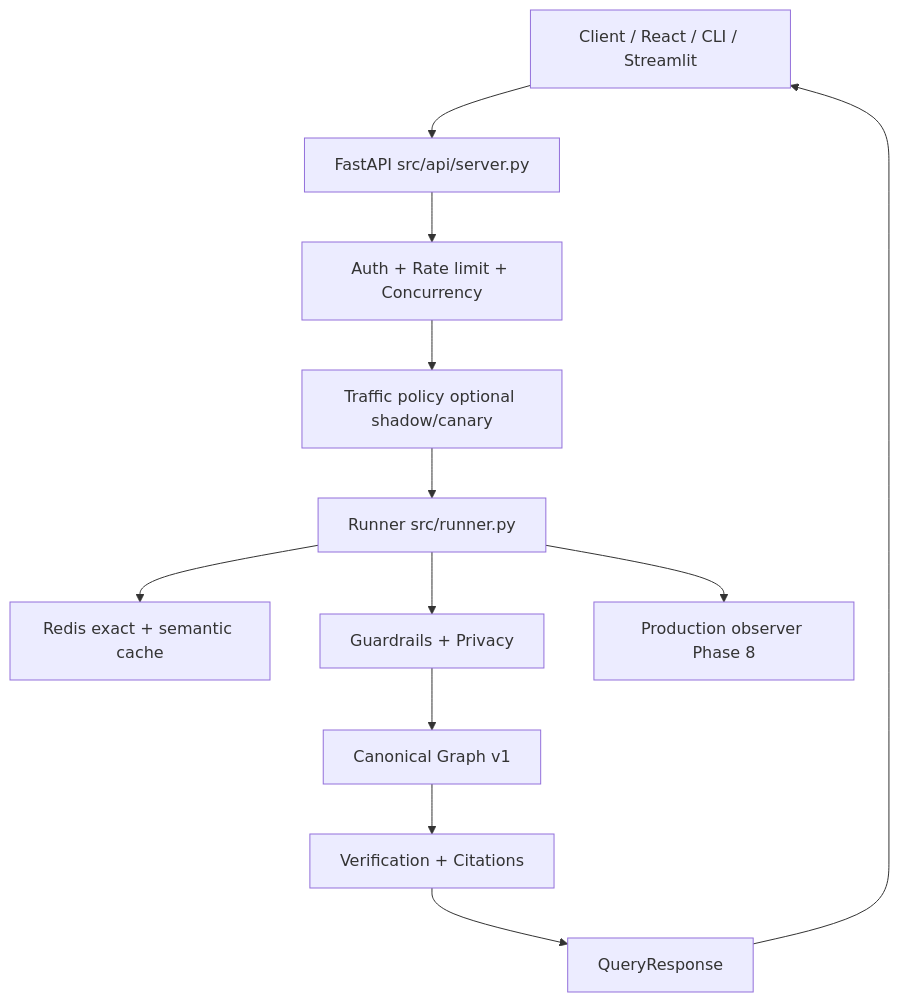
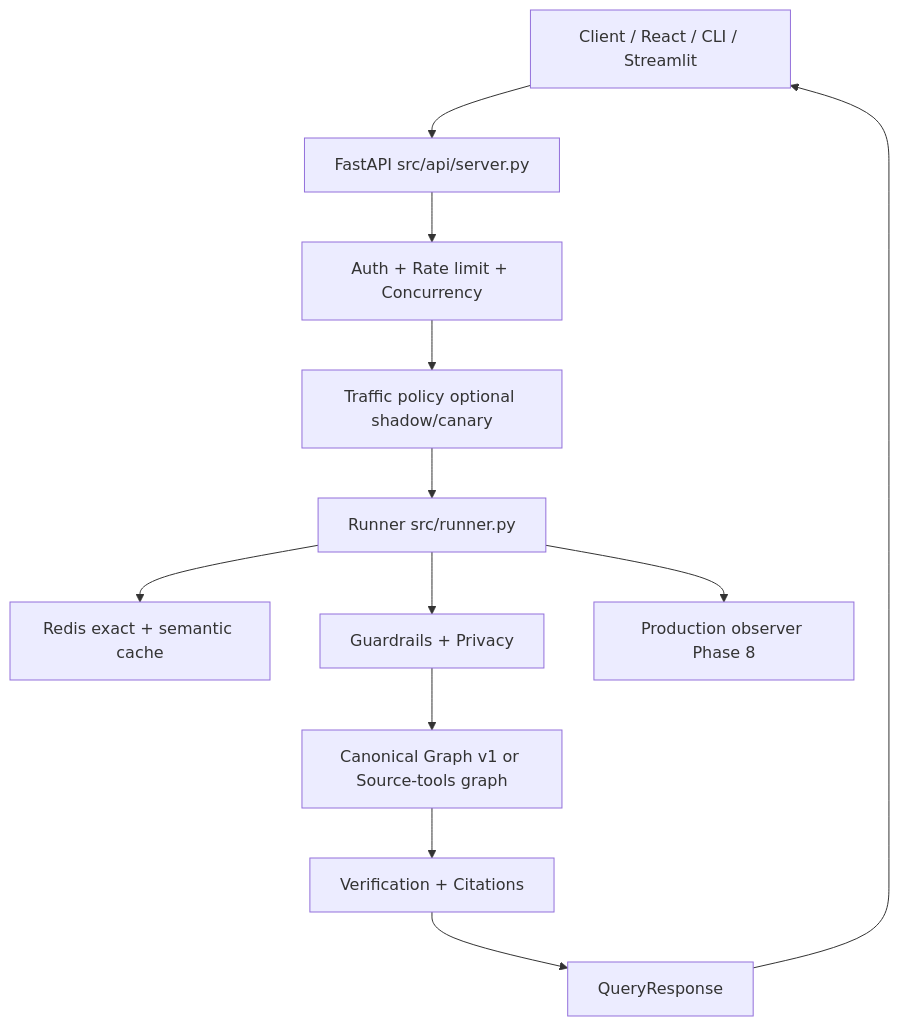
Before and after one commit to adithyaboyapati/AGENTIC_RAG: the diagram in docs/ARCHITECTURE.md, drawn with Mermaid. The commit also changed other lines of this file and 40 other files, not shown here.

````diff
--- a/docs/ARCHITECTURE.md
+++ b/docs/ARCHITECTURE.md
@@ -15,20 +15,20 @@
 ```mermaid
 flowchart TB
     Client[Client / React / CLI / Streamlit]
     API[FastAPI src/api/server.py]
     Auth[Auth + Rate limit + Concurrency]
     Traffic[Traffic policy optional shadow/canary]
     Runner[Runner src/runner.py]
     Cache[Redis exact + semantic cache]
     Guard[Guardrails + Privacy]
-    Graph[Canonical Graph v1]
+    Graph[Canonical Graph v1 or Source-tools graph]
     Verify[Verification + Citations]
     Obs[Production observer Phase 8]
     Response[QueryResponse]
 
     Client --> API --> Auth --> Traffic --> Runner
     Runner --> Cache
     Runner --> Guard --> Graph --> Verify --> Response
     Runner --> Obs
     Response --> Client
 ```
````
